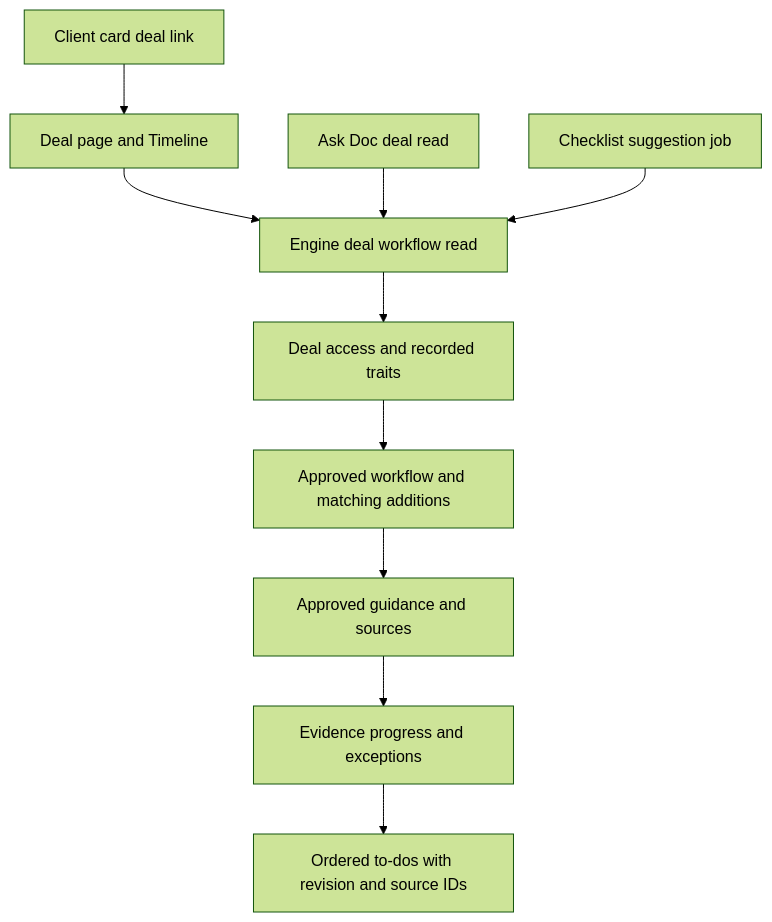
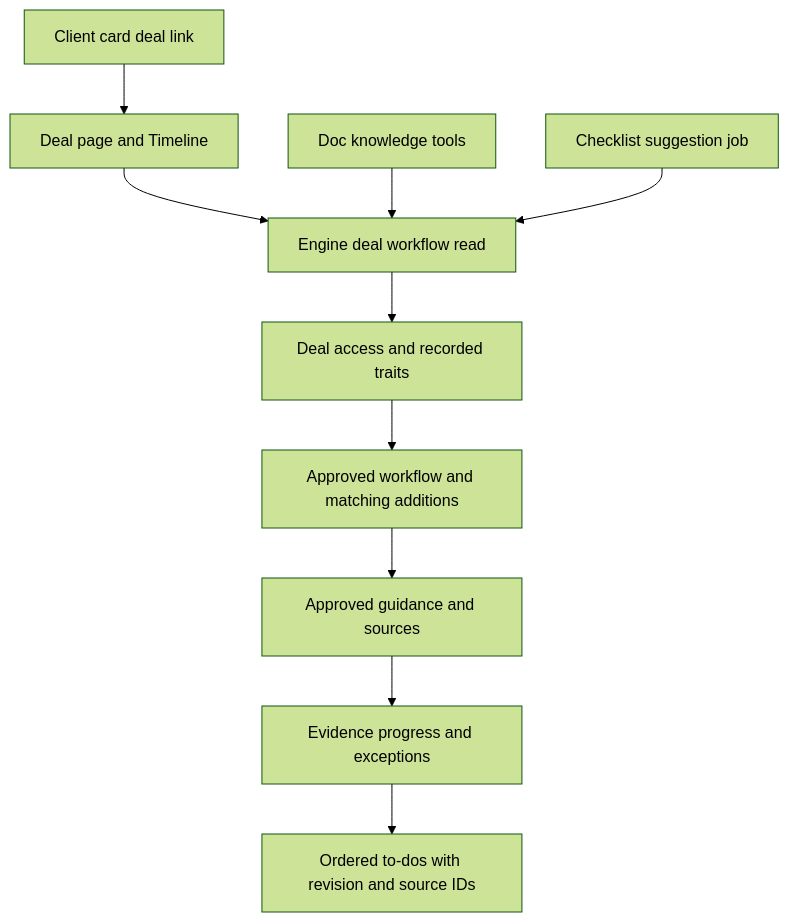
Before and after one commit to DoctorCRE/doctorcre-engine: the first of 3 diagrams in docs/knowledge/reads.md, drawn with Mermaid (forest theme). The commit also changed other lines of this file and 6 other files, not shown here.

````diff
--- a/docs/knowledge/reads.md
+++ b/docs/knowledge/reads.md
@@ -5,12 +5,12 @@
 ```mermaid
 flowchart TD
     D[Deal page and Timeline] --> R[Engine deal workflow read]
     C[Client card deal link] --> D
-    A[Ask Doc deal read] --> R
+    A[Doc knowledge tools] --> R
     J[Checklist suggestion job] --> R
     R --> X[Deal access and recorded traits]
     X --> W[Approved workflow and matching additions]
     W --> K[Approved guidance and sources]
     K --> P[Evidence progress and exceptions]
     P --> O[Ordered to-dos with revision and source IDs]
 ```
````
